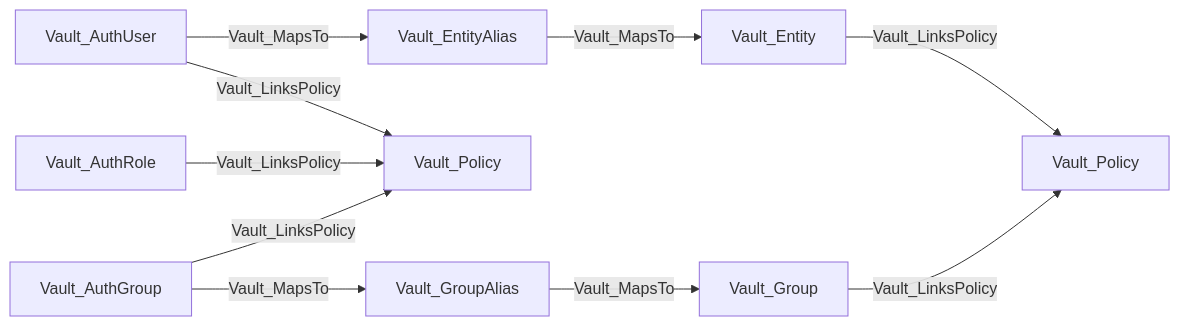
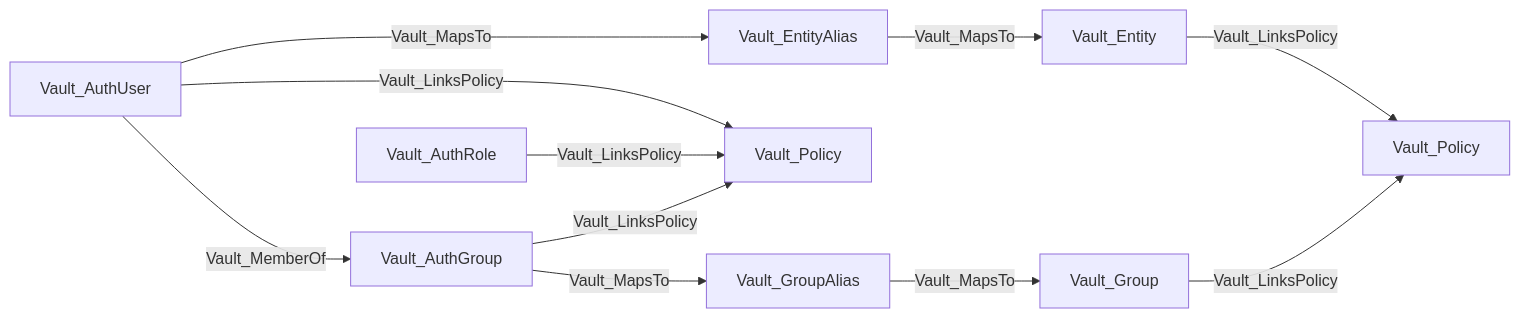
The third of 28 diagrams in Documentation/stores/AUTH.md (bytewreck/opengraph-vault), drawn with Mermaid before and after one commit. The commit also changed other lines of this file, not shown here.

````diff
--- a/Documentation/stores/AUTH.md
+++ b/Documentation/stores/AUTH.md
@@ -114,12 +114,13 @@
 ```mermaid
 flowchart LR
     AU[Vault_AuthUser] -->|Vault_MapsTo| EA[Vault_EntityAlias]
     EA -->|Vault_MapsTo| VE[Vault_Entity]
     AU -->|Vault_LinksPolicy| P1[Vault_Policy]
     AR[Vault_AuthRole] -->|Vault_LinksPolicy| P1
     AG[Vault_AuthGroup] -->|Vault_MapsTo| GA[Vault_GroupAlias]
     GA -->|Vault_MapsTo| VG[Vault_Group]
     AG -->|Vault_LinksPolicy| P1
     VE -->|Vault_LinksPolicy| P2[Vault_Policy]
     VG -->|Vault_LinksPolicy| P2
+    AU -->|Vault_MemberOf| AG
 ```
````
